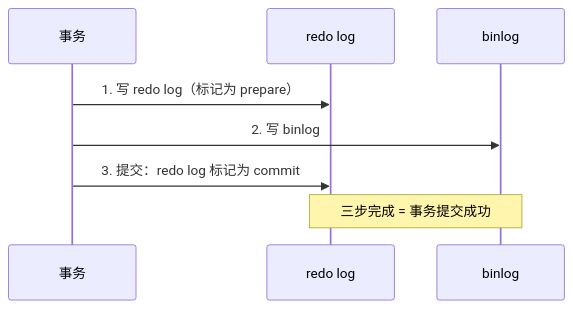
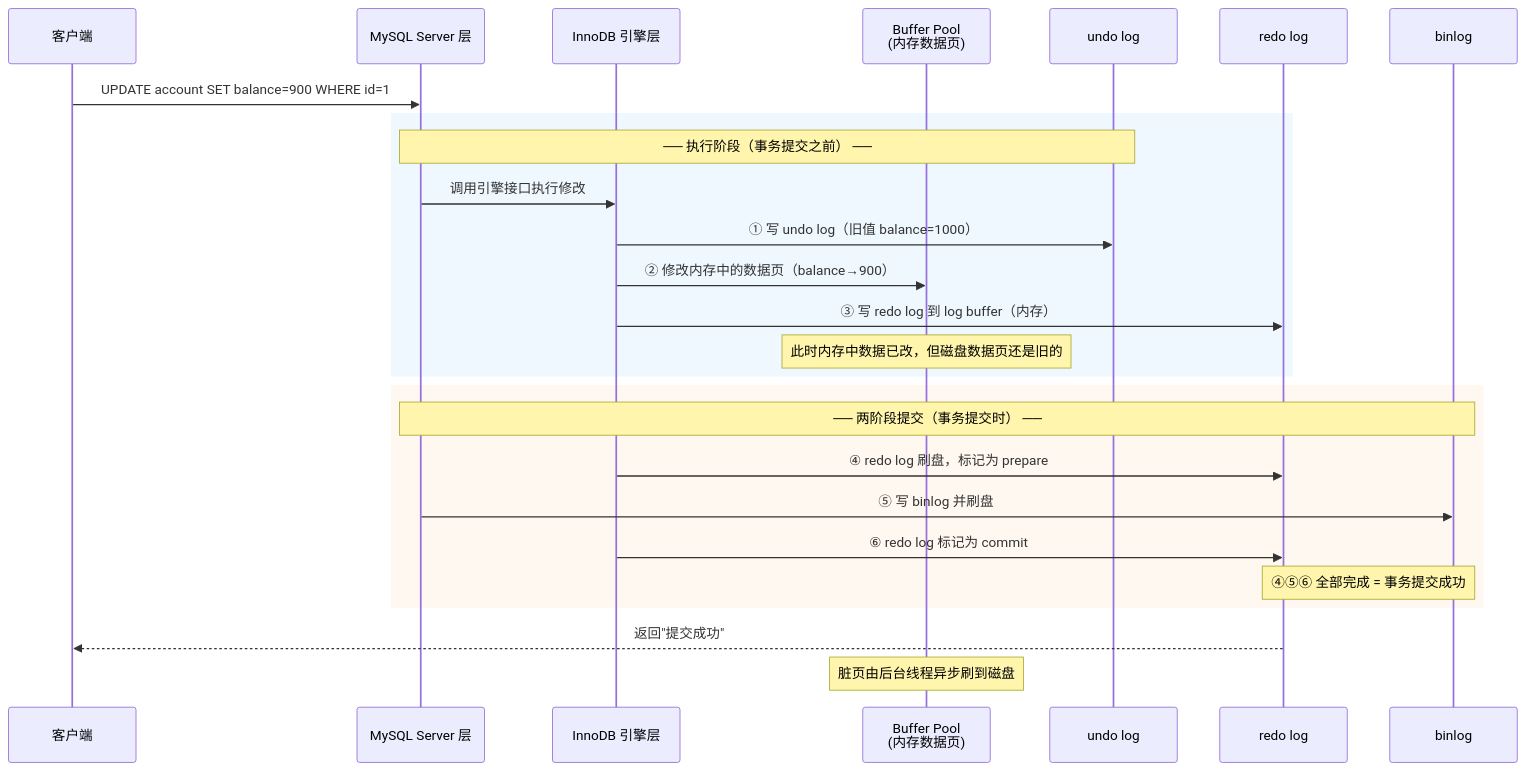
The fifth of 6 diagrams in part3-java-deep/09-数据库MySQL.md (LiPingjiang/Full-Stack-Knowledge-Book), drawn with Mermaid before and after one commit. The commit also changed other lines of this file, not shown here.

Commit message:
docs(09-MySQL): 两阶段提交图补全执行阶段——undo/Buffer Pool/redo log buffer在2PC之前的完整时序

````diff
--- a/part3-java-deep/09-数据库MySQL.md
+++ b/part3-java-deep/09-数据库MySQL.md
@@ -552,11 +552,32 @@
 ```mermaid
 sequenceDiagram
-    participant 事务 as 事务
+    participant Client as 客户端
+    participant Server as MySQL Server 层
+    participant Engine as InnoDB 引擎层
+    participant Buffer as Buffer Pool<br/>(内存数据页)
+    participant Undo as undo log
     participant Redo as redo log
     participant Bin as binlog
 
-    事务->>Redo: 1. 写 redo log（标记为 prepare）
-    事务->>Bin: 2. 写 binlog
-    事务->>Redo: 3. 提交：redo log 标记为 commit
-    Note over Redo,Bin: 三步完成 = 事务提交成功
+    Client->>Server: UPDATE account SET balance=900 WHERE id=1
+
+    rect rgb(240, 248, 255)
+    Note over Server,Undo: ── 执行阶段（事务提交之前） ──
+    Server->>Engine: 调用引擎接口执行修改
+    Engine->>Undo: ① 写 undo log（旧值 balance=1000）
+    Engine->>Buffer: ② 修改内存中的数据页（balance→900）
+    Engine->>Redo: ③ 写 redo log 到 log buffer（内存）
+    Note over Buffer: 此时内存中数据已改，但磁盘数据页还是旧的
+    end
+
+    rect rgb(255, 248, 240)
+    Note over Server,Bin: ── 两阶段提交（事务提交时） ──
+    Engine->>Redo: ④ redo log 刷盘，标记为 prepare
+    Server->>Bin: ⑤ 写 binlog 并刷盘
+    Engine->>Redo: ⑥ redo log 标记为 commit
+    Note over Redo,Bin: ④⑤⑥ 全部完成 = 事务提交成功
+    end
+
+    Redo-->>Client: 返回"提交成功"
+    Note over Buffer: 脏页由后台线程异步刷到磁盘
 ```
````
